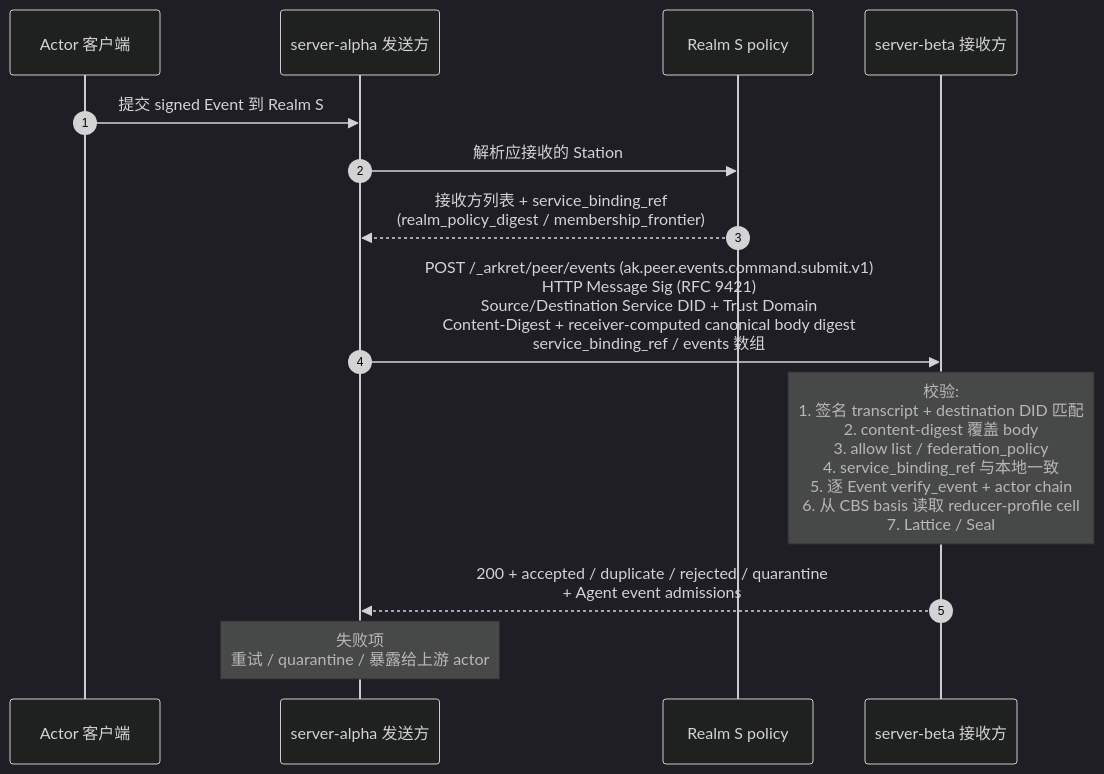
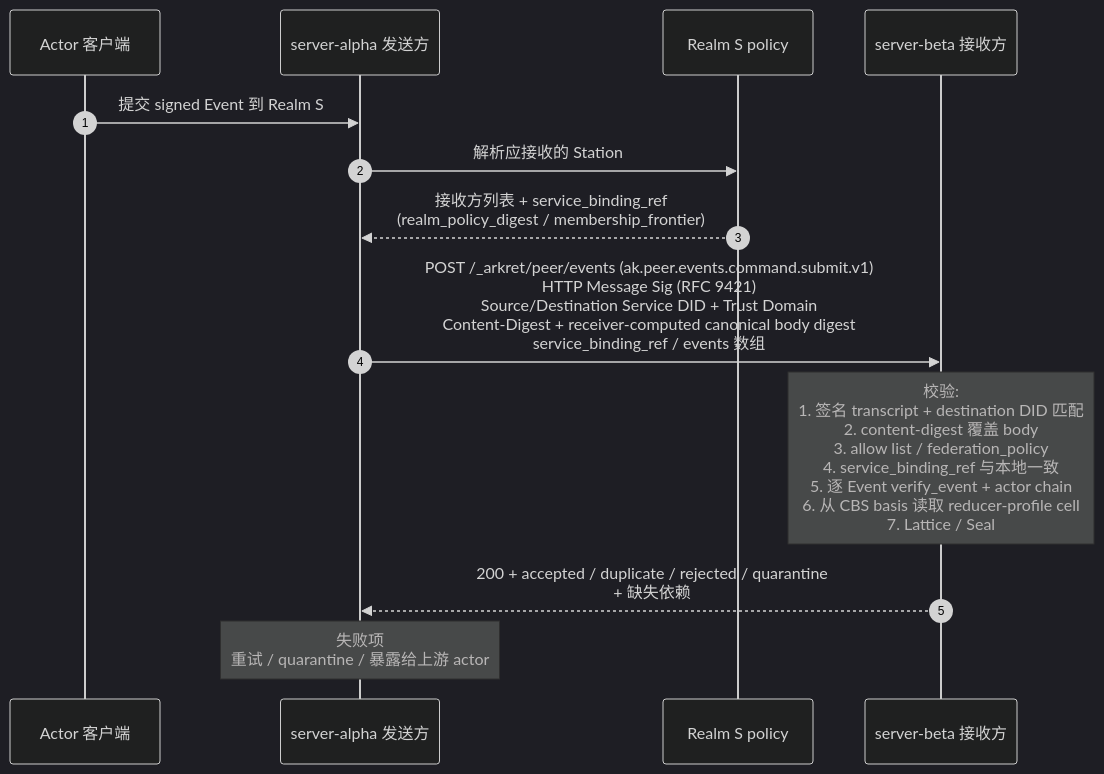
Before and after one commit to arkret-org/arkret-spec: the diagram in spec/v1/zh/sync/federation.md, drawn with Mermaid (dark theme). The commit also changed other lines of this file and 189 other files, not shown here.

Commit message:
Separate ordinary admission from sequenced safety state

````diff
--- a/spec/v1/zh/sync/federation.md
+++ b/spec/v1/zh/sync/federation.md
@@ -300,16 +293,16 @@
 ```mermaid
 sequenceDiagram
     autonumber
     participant Cli as Actor 客户端
     participant Alpha as server-alpha 发送方
     participant Pol as Realm S policy
     participant Beta as server-beta 接收方
 
     Cli->>Alpha: 提交 signed Event 到 Realm S
     Alpha->>Pol: 解析应接收的 Station
     Pol-->>Alpha: 接收方列表 + service_binding_ref<br>(realm_policy_digest / membership_frontier)
     Alpha->>Beta: POST /_arkret/peer/events (ak.peer.events.command.submit.v1)<br>HTTP Message Sig (RFC 9421)<br>Source/Destination Service DID + Trust Domain<br>Content-Digest + receiver-computed canonical body digest<br>service_binding_ref / events 数组
     note over Beta: 校验:<br>1. 签名 transcript + destination DID 匹配<br>2. content-digest 覆盖 body<br>3. allow list / federation_policy<br>4. service_binding_ref 与本地一致<br>5. 逐 Event verify_event + actor chain<br>6. 从 CBS basis 读取 reducer-profile cell<br>7. Lattice / Seal
-    Beta-->>Alpha: 200 + accepted / duplicate / rejected / quarantine<br>+ Agent event admissions
+    Beta-->>Alpha: 200 + accepted / duplicate / rejected / quarantine<br>+ 缺失依赖
     note over Alpha: 失败项<br>重试 / quarantine / 暴露给上游 actor
 ```
````
